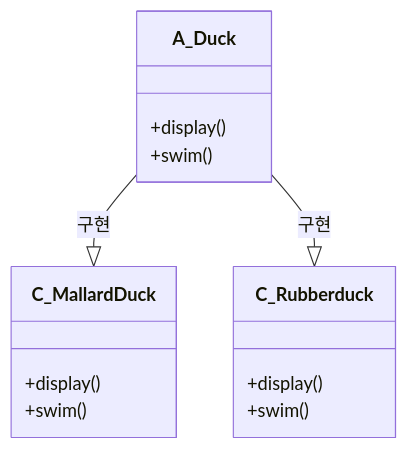
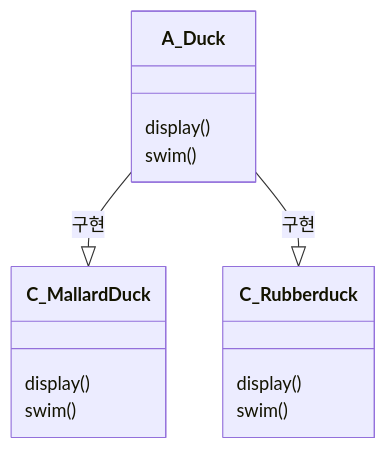
One commit to changja88/DesignPattern changed the first of 4 diagrams in src/main/정리/1_StrageyPattern.md. Above: the diagram before and after it, drawn with Mermaid. The commit also changed other lines of this file and 12 other files, not shown here.

````diff
--- a/src/main/정리/1_StrageyPattern.md
+++ b/src/main/정리/1_StrageyPattern.md
@@ -5,17 +5,17 @@
 ```mermaid
 classDiagram
 A_Duck --|> C_MallardDuck: 구현 
 A_Duck --|> C_Rubberduck : 구현
 class A_Duck{
-+display()
-+swim()
+display()
+swim()
 }
 class C_MallardDuck{
-+display()
-+swim()
+display()
+swim()
 }
 class C_Rubberduck{
-+display()
-+swim()
+display()
+swim()
 }
 ```
````
